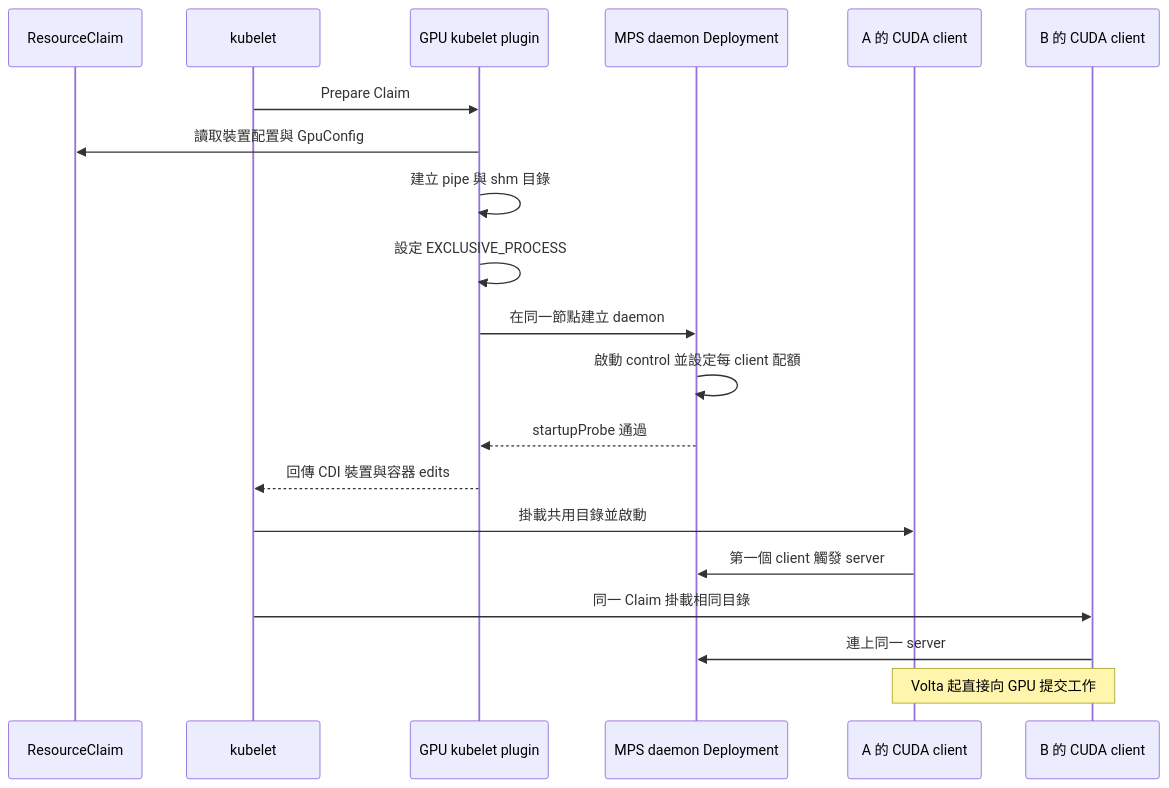
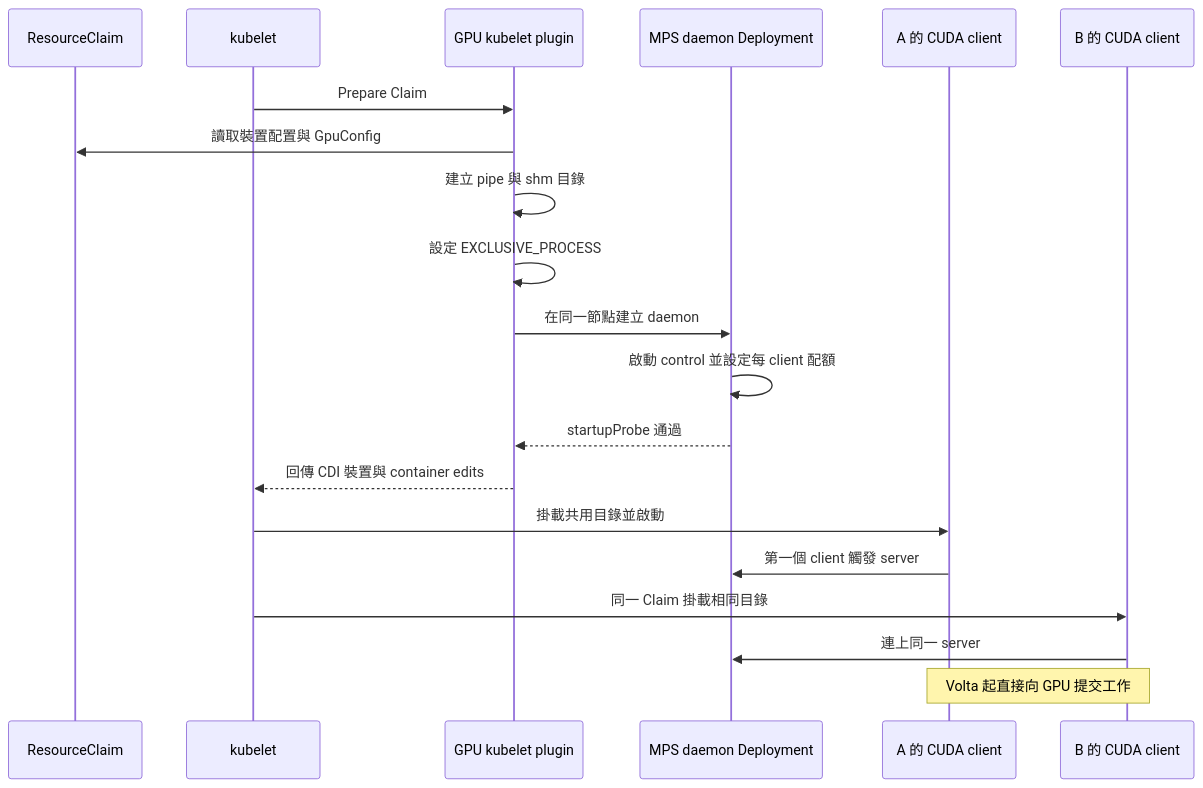
The fourth of 4 diagrams in book/04-isolation/mps.md (Daniel77871/dra-gpu-sharing-in-practice), drawn with Mermaid before and after one commit. The commit also changed other lines of this file and 80 other files, not shown here.

````diff
--- a/book/04-isolation/mps.md
+++ b/book/04-isolation/mps.md
@@ -160,22 +160,22 @@
 ```mermaid
 sequenceDiagram
   participant C as ResourceClaim
   participant K as kubelet
   participant P as GPU kubelet plugin
   participant D as MPS daemon Deployment
   participant A as A 的 CUDA client
   participant B as B 的 CUDA client
   K->>P: Prepare Claim
   P->>C: 讀取裝置配置與 GpuConfig
   P->>P: 建立 pipe 與 shm 目錄
   P->>P: 設定 EXCLUSIVE_PROCESS
   P->>D: 在同一節點建立 daemon
   D->>D: 啟動 control 並設定每 client 配額
   D-->>P: startupProbe 通過
-  P-->>K: 回傳 CDI 裝置與容器 edits
+  P-->>K: 回傳 CDI 裝置與 container edits
   K->>A: 掛載共用目錄並啟動
   A->>D: 第一個 client 觸發 server
   K->>B: 同一 Claim 掛載相同目錄
   B->>D: 連上同一 server
   Note over A,B: Volta 起直接向 GPU 提交工作
 ```
````
